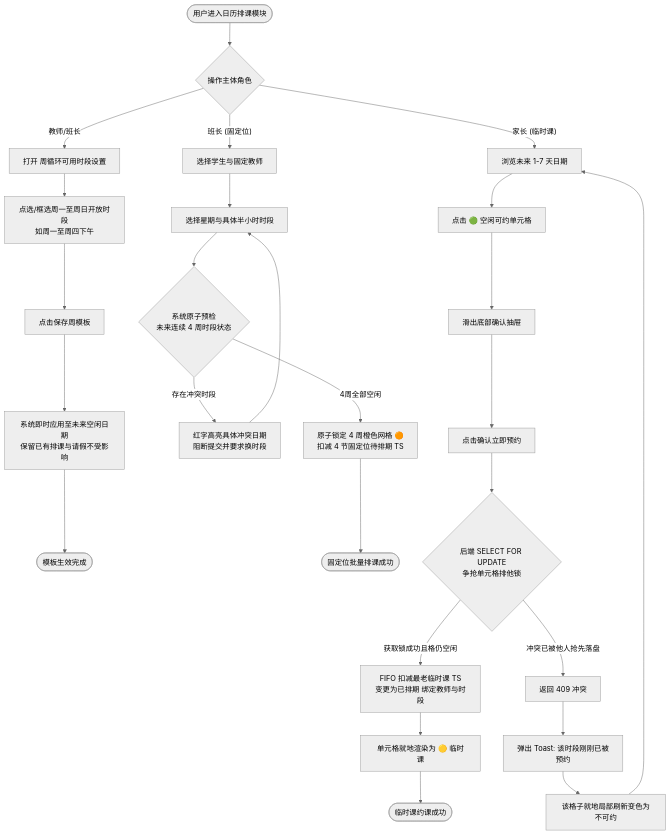
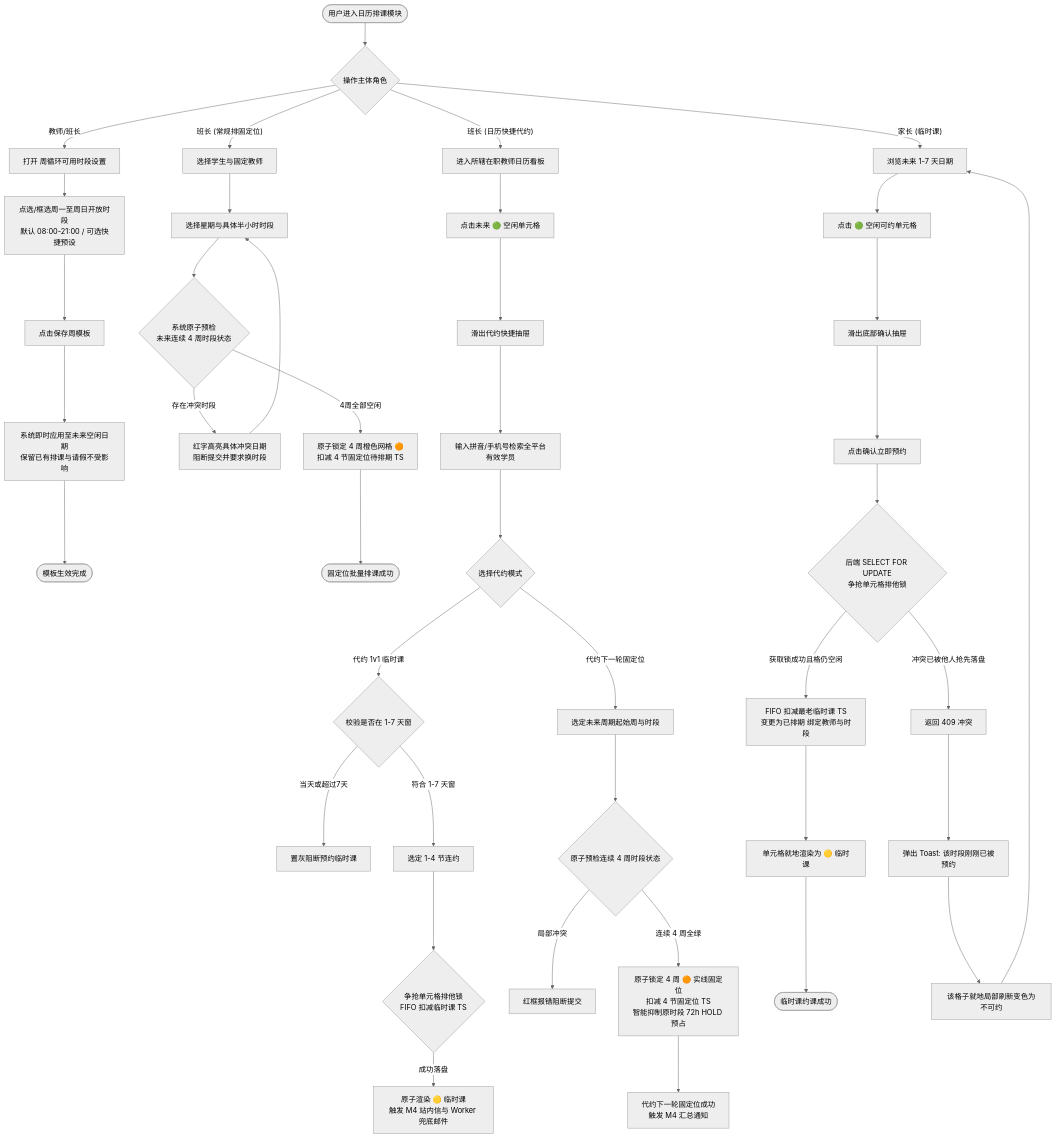
Before and after one commit to Onezao/dream: the first of 2 diagrams in docs/prd/m3a_calendar_schedule.md, drawn with Mermaid (neutral theme). The commit also changed other lines of this file and 23 other files, not shown here.

````diff
--- a/docs/prd/m3a_calendar_schedule.md
+++ b/docs/prd/m3a_calendar_schedule.md
@@ -302,35 +590,54 @@
 ```mermaid
 flowchart TD
     Start([用户进入日历排课模块]) --> RoleBranch{操作主体角色}
     
     %% 教师/班长设置模板
     RoleBranch -- 教师/班长 --> SetTemplate[打开 周循环可用时段设置]
-    SetTemplate --> EditGrid[点选/框选周一至周日开放时段\n如周一至周四下午]
+    SetTemplate --> EditGrid[点选/框选周一至周日开放时段\n默认 08:00-21:00 / 可选快捷预设]
     EditGrid --> SaveTemplate[点击保存周模板]
     SaveTemplate --> ApplyFuture[系统即时应用至未来空闲日期\n保留已有排课与请假不受影响]
     ApplyFuture --> EndTemplate([模板生效完成])
     
-    %% 班长排固定位
-    RoleBranch -- 班长 (固定位) --> SelectFixed[选择学生与固定教师]
+    %% 班长排固定位 (首次开班)
+    RoleBranch -- 班长 (常规排固定位) --> SelectFixed[选择学生与固定教师]
     SelectFixed --> PickTime[选择星期与具体半小时时段]
     PickTime --> AtomicCheck{系统原子预检\n未来连续 4 周时段状态}
     AtomicCheck -- 存在冲突时段 --> ShowConflict[红字高亮具体冲突日期\n阻断提交并要求换时段]
     ShowConflict --> PickTime
     AtomicCheck -- 4周全部空闲 --> BatchLock[原子锁定 4 周橙色网格 🟠\n扣减 4 节固定位待排期 TS]
     BatchLock --> FixedSuccess([固定位批量排课成功])
+    
+    %% 班长代约课
+    RoleBranch -- 班长 (日历快捷代约) --> OpenMonitorGrid[进入所辖在职教师日历看板]
+    OpenMonitorGrid --> ClickSlot[点击未来 🟢 空闲单元格]
+    ClickSlot --> OpenMonitorDrawer[滑出代约快捷抽屉]
+    OpenMonitorDrawer --> SearchStudent[输入拼音/手机号检索全平台有效学员]
+    SearchStudent --> BranchType{选择代约模式}
+    
+    BranchType -- 代约 1v1 临时课 --> CheckTempWindow{校验是否在 1-7 天窗}
+    CheckTempWindow -- 当天或超过7天 --> DisallowTemp[置灰阻断预约临时课]
+    CheckTempWindow -- 符合 1-7 天窗 --> SelectCount[选定 1-4 节连约]
+    SelectCount --> LockMutexTemp{争抢单元格排他锁\nFIFO 扣减临时课 TS}
+    LockMutexTemp -- 成功落盘 --> TempSuccess[原子渲染 🟡 临时课\n触发 M4 站内信与 Worker 兜底邮件]
+    
+    BranchType -- 代约下一轮固定位 --> PickNextRound[选定未来周期起始周与时段]
+    PickNextRound --> PreCheckStrip{原子预检连续 4 周时段状态}
+    PreCheckStrip -- 局部冲突 --> ConflictNext[红框报错阻断提交]
+    PreCheckStrip -- 连续 4 周全绿 --> AtomicLockNext[原子锁定 4 周 🟠 实线固定位\n扣减 4 节固定位 TS\n智能抑制原时段 72h HOLD 预占]
+    AtomicLockNext --> NextRoundSuccess[代约下一轮固定位成功\n触发 M4 汇总通知]
     
     %% 家长约临时课
     RoleBranch -- 家长 (临时课) --> BrowseDays[浏览未来 1-7 天日期]
     BrowseDays --> ClickGreen[点击 🟢 空闲可约单元格]
     ClickGreen --> OpenDrawer[滑出底部确认抽屉]
     OpenDrawer --> ConfirmBook[点击确认立即预约]
     ConfirmBook --> LockMutex{后端 SELECT FOR UPDATE\n争抢单元格排他锁}
     LockMutex -- 获取锁成功且格仍空闲 --> DeductFIFO[FIFO 扣减最老临时课 TS\n变更为已排期 绑定教师与时段]
     DeductFIFO --> RenderYellow[单元格就地渲染为 🟡 临时课]
     RenderYellow --> BookSuccess([临时课约课成功])
     
     LockMutex -- 冲突已被他人抢先落盘 --> Reject409[返回 409 冲突]
     Reject409 --> ToastFail[弹出 Toast: 该时段刚刚已被预约]
     ToastFail --> LocalRefresh[该格子就地局部刷新变色为不可约]
     LocalRefresh --> BrowseDays
 ```
````
